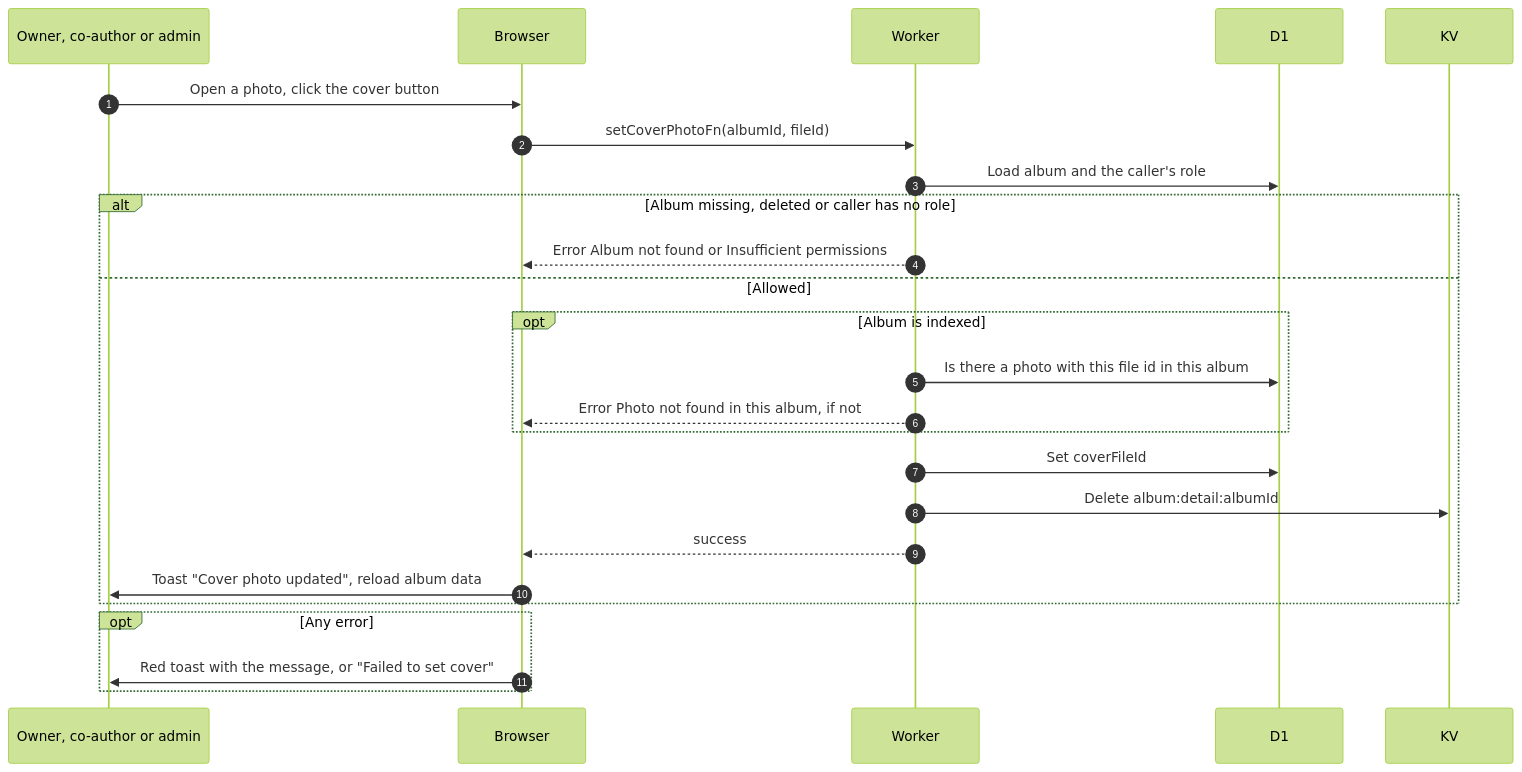
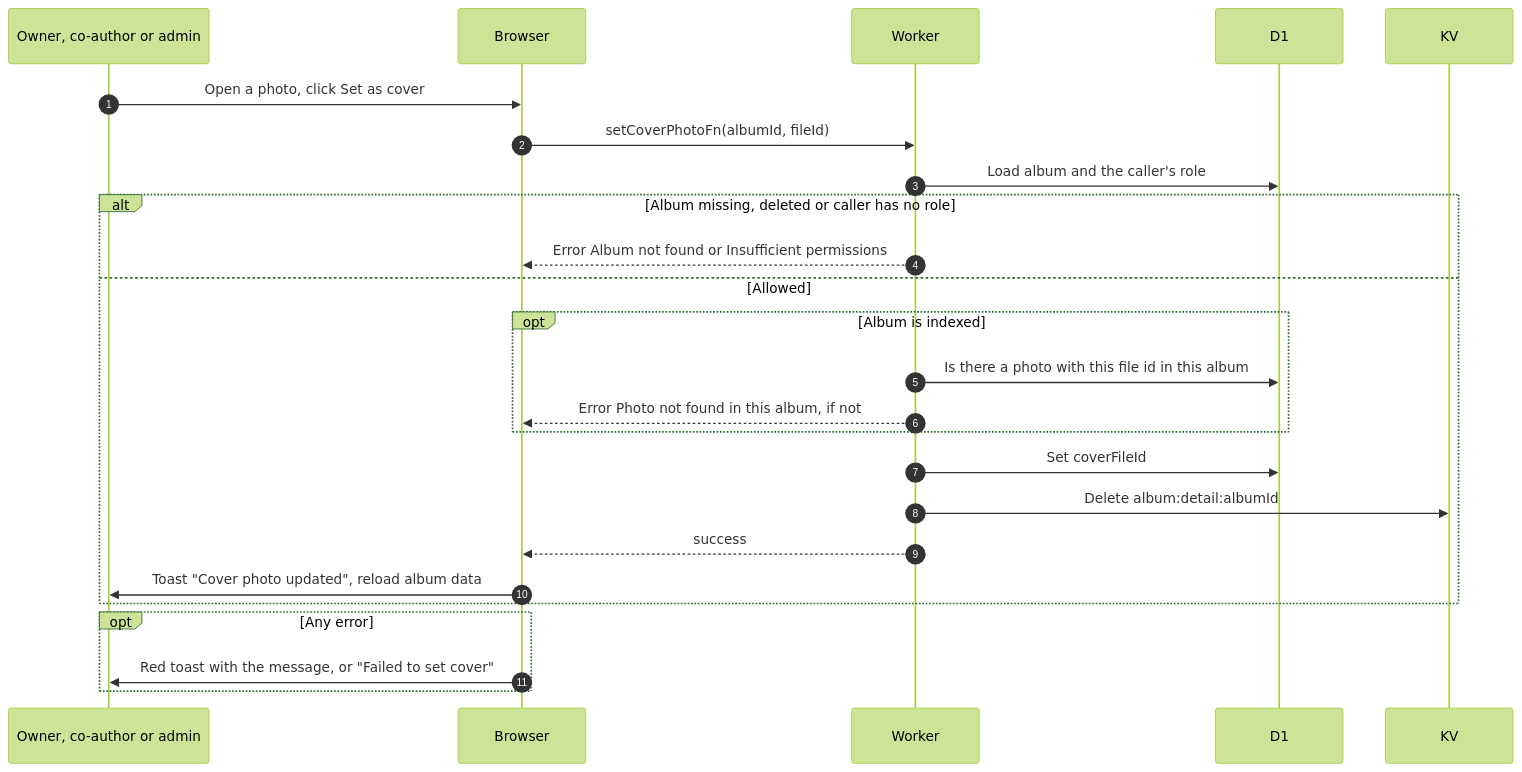
Before and after one commit to sagyzdop/meriksirat: the diagram in docs/scenarios/albums/set-cover-photo.md, drawn with Mermaid (forest theme). The commit also changed other lines of this file and 17 other files, not shown here.

Commit message:
docs(scenarios): verify albums diagrams against the code

````diff
--- a/docs/scenarios/albums/set-cover-photo.md
+++ b/docs/scenarios/albums/set-cover-photo.md
@@ -12,27 +12,27 @@
 ```mermaid
 sequenceDiagram
     autonumber
     participant M as Owner, co-author or admin
     participant B as Browser
     participant W as Worker
     participant D as D1
     participant K as KV
-    M->>B: Open a photo, click the cover button
+    M->>B: Open a photo, click Set as cover
     B->>W: setCoverPhotoFn(albumId, fileId)
     W->>D: Load album and the caller's role
     alt Album missing, deleted or caller has no role
         W-->>B: Error Album not found or Insufficient permissions
     else Allowed
         opt Album is indexed
             W->>D: Is there a photo with this file id in this album
             W-->>B: Error Photo not found in this album, if not
         end
         W->>D: Set coverFileId
         W->>K: Delete album:detail:albumId
         W-->>B: success
         B->>M: Toast "Cover photo updated", reload album data
     end
     opt Any error
         B->>M: Red toast with the message, or "Failed to set cover"
     end
 ```
````
